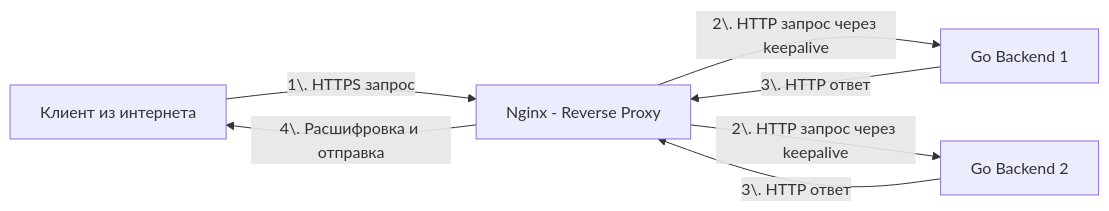
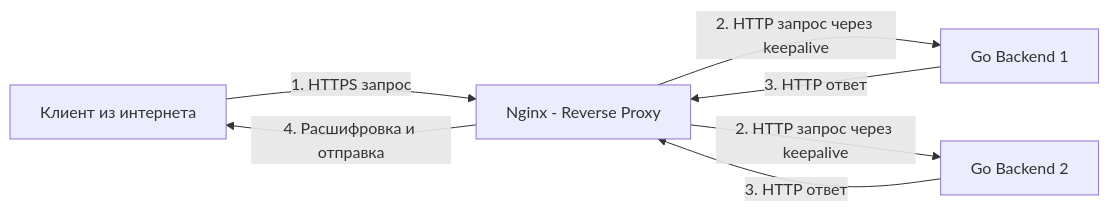
One commit to UnrealTemplier/go-textbook changed the first of 2 diagrams in sources/19. Инфраструктура. Linux, nginx, Docker, Kubernetes/02. nginx/2. Reverse proxy.md. Above: the diagram before and after it, drawn with Mermaid. The commit also changed other lines of this file, not shown here.

Commit message:
feat(module-19): editorial rewrite of 02.2 Reverse proxy in Kernighan style

````diff
--- a/sources/19. Инфраструктура. Linux, nginx, Docker, Kubernetes/02. nginx/2. Reverse proxy.md
+++ b/sources/19. Инфраструктура. Linux, nginx, Docker, Kubernetes/02. nginx/2. Reverse proxy.md
@@ -16,9 +19,9 @@
 ```mermaid
 flowchart LR
-    A["Клиент из интернета"] -->|"1\. HTTPS запрос"| B["Nginx - Reverse Proxy"]
-    B -->|"2\. HTTP запрос через keepalive"| C["Go Backend 1"]
-    B -->|"2\. HTTP запрос через keepalive"| D["Go Backend 2"]
-    C -->|"3\. HTTP ответ"| B
-    D -->|"3\. HTTP ответ"| B
-    B -->|"4\. Расшифровка и отправка"| A
+    A["Клиент из интернета"] -->|"1. HTTPS запрос"| B["Nginx - Reverse Proxy"]
+    B -->|"2. HTTP запрос через keepalive"| C["Go Backend 1"]
+    B -->|"2. HTTP запрос через keepalive"| D["Go Backend 2"]
+    C -->|"3. HTTP ответ"| B
+    D -->|"3. HTTP ответ"| B
+    B -->|"4. Расшифровка и отправка"| A
 ```
````
